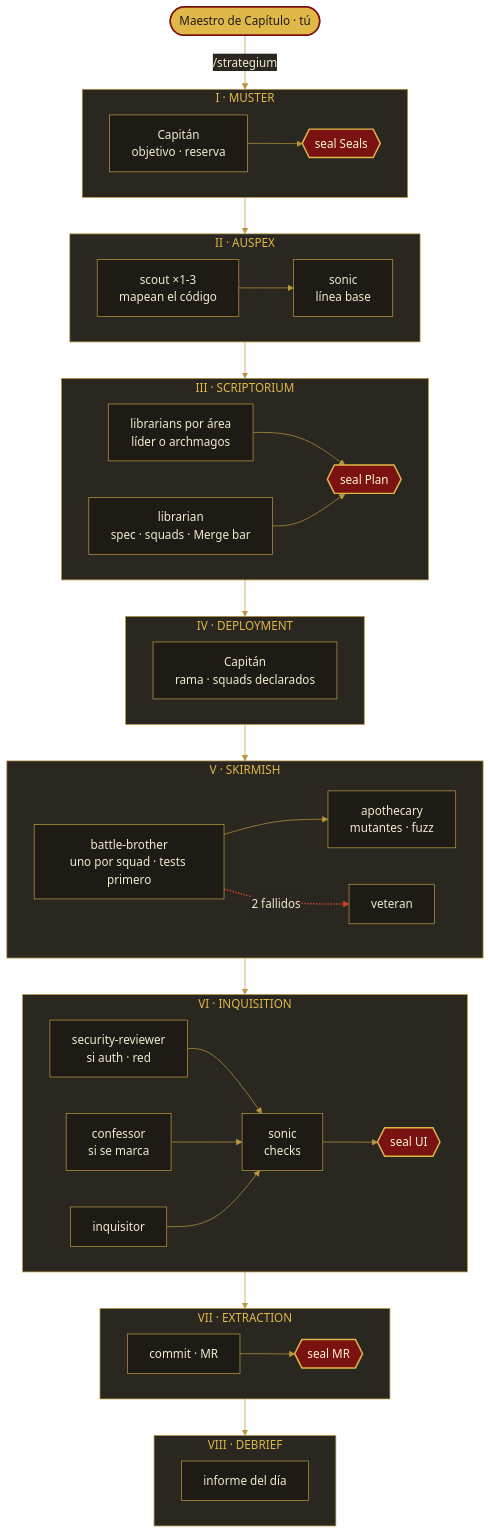
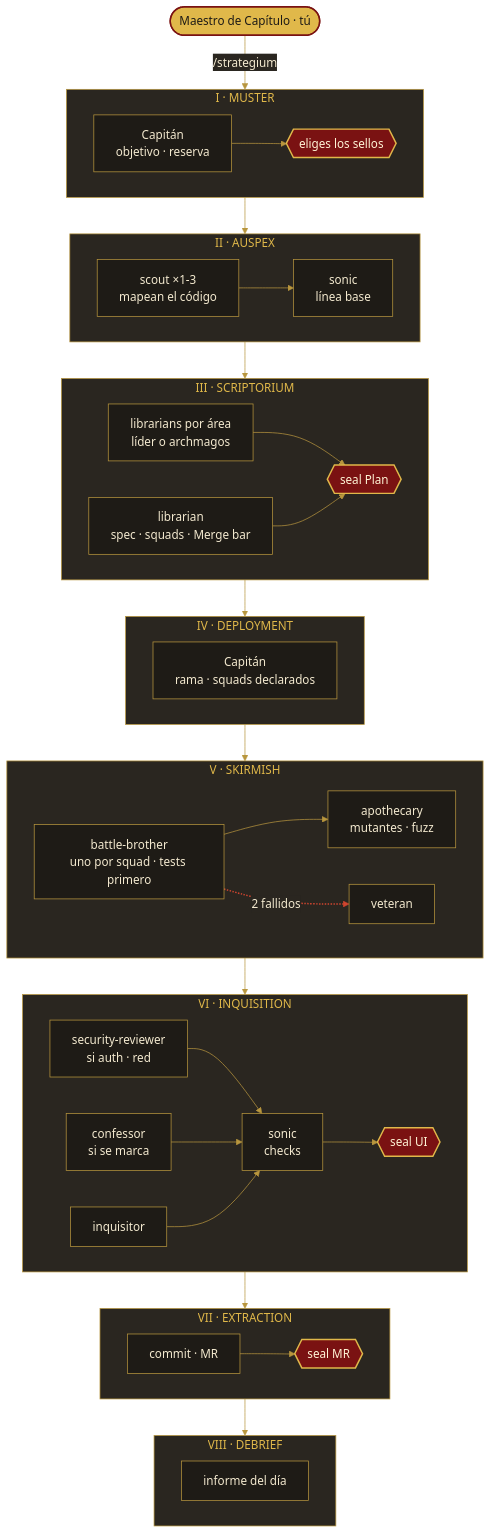
The first of 2 diagrams in README.es.md (frandev94/strategium), drawn with Mermaid before and after one commit. The commit also changed 1 other file, not shown here.

Commit message:
docs: call the Muster seal what it is

````diff
--- a/README.es.md
+++ b/README.es.md
@@ -33,56 +33,56 @@
 ```mermaid
 %%{init: {"theme": "base", "themeVariables": {"lineColor": "#b8963e", "edgeLabelBackground": "#2a2620", "textColor": "#f3e9cf", "fontFamily": "Georgia, serif"}}}%%
 flowchart TB
   U(["Maestro de Capítulo · tú"]) -->|"/strategium"| muster
 
   subgraph muster["I · MUSTER"]
     direction LR
-    M["Capitán<br/>objetivo · reserva"] --> S0{{"seal Seals"}}
+    M["Capitán<br/>objetivo · reserva"] --> S0{{"eliges los sellos"}}
   end
   subgraph auspex["II · AUSPEX"]
     direction LR
     A1["scout ×1-3<br/>mapean el código"] --> A2["sonic<br/>línea base"]
   end
   subgraph scriptorium["III · SCRIPTORIUM"]
     direction LR
     L2["librarians por área<br/>líder o archmagos"] --> SP{{"seal Plan"}}
     L1["librarian<br/>spec · squads · Merge bar"] --> SP
   end
   subgraph deployment["IV · DEPLOYMENT"]
     direction LR
     D["Capitán<br/>rama · squads declarados"]
   end
   subgraph skirmish["V · SKIRMISH"]
     direction LR
     B1["battle-brother<br/>uno por squad · tests primero"] --> B3["apothecary<br/>mutantes · fuzz"]
     B1 -.->|"2 fallidos"| B2["veteran"]
   end
   subgraph inquisition["VI · INQUISITION"]
     direction LR
     Q3["security-reviewer<br/>si auth · red"] --> Q4["sonic<br/>checks"]
     Q2["confessor<br/>si se marca"] --> Q4
     Q1["inquisitor"] --> Q4
     Q4 --> SU{{"seal UI"}}
   end
   subgraph extraction["VII · EXTRACTION"]
     direction LR
     X["commit · MR"] --> SM{{"seal MR"}}
   end
   subgraph debrief["VIII · DEBRIEF"]
     direction LR
     F["informe del día"]
   end
 
   muster --> auspex --> scriptorium --> deployment --> skirmish --> inquisition --> extraction --> debrief
 
   classDef agent fill:#1e1b16,stroke:#b8963e,color:#f3e9cf
   classDef seal fill:#7a1212,stroke:#e0b84a,stroke-width:2px,color:#fff4d6
   classDef you fill:#e0b84a,stroke:#7a1212,stroke-width:2px,color:#1e1b16
   classDef station fill:#2a2620,stroke:#b8963e,color:#e0b84a
   class M,A1,A2,L1,L2,D,B1,B2,B3,Q1,Q2,Q3,Q4,X,F agent
   class S0,SP,SU,SM seal
   class U you
   class muster,auspex,scriptorium,deployment,skirmish,inquisition,extraction,debrief station
   linkStyle 0 stroke:#b8963e,color:#f3e9cf
   linkStyle 6 stroke:#d0452f,stroke-width:2px,color:#f3e9cf
 ```
````
